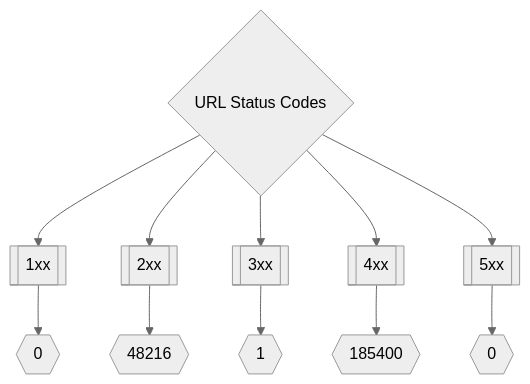
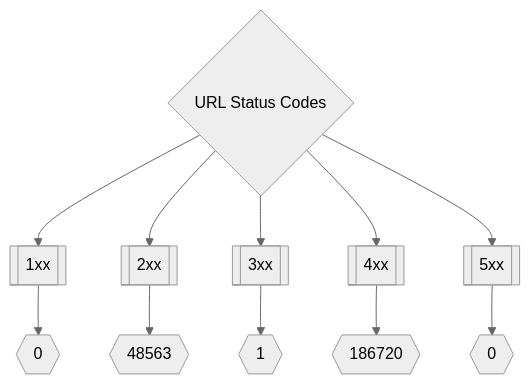
One commit to trickest/inventory changed the second of 3 diagrams in README.md. Above: the diagram before and after it, drawn with Mermaid (neutral theme). The commit also changed other lines of this file and 114 other files, not shown here.

````diff
--- a/README.md
+++ b/README.md
@@ -173,8 +173,8 @@
 ```mermaid
 graph TD
 title{URL Status Codes} --> 1xx[[1xx]] --> status1xxNum{{0}}
-title --> 2xx[[2xx]] --> status2xxNum{{48216}}
+title --> 2xx[[2xx]] --> status2xxNum{{48563}}
 title --> 3xx[[3xx]] --> status3xxNum{{1}}
-title --> 4xx[[4xx]] --> status4xxNum{{185400}}
+title --> 4xx[[4xx]] --> status4xxNum{{186720}}
 title --> 5xx[[5xx]] --> status5xxNum{{0}}
 ```
````
